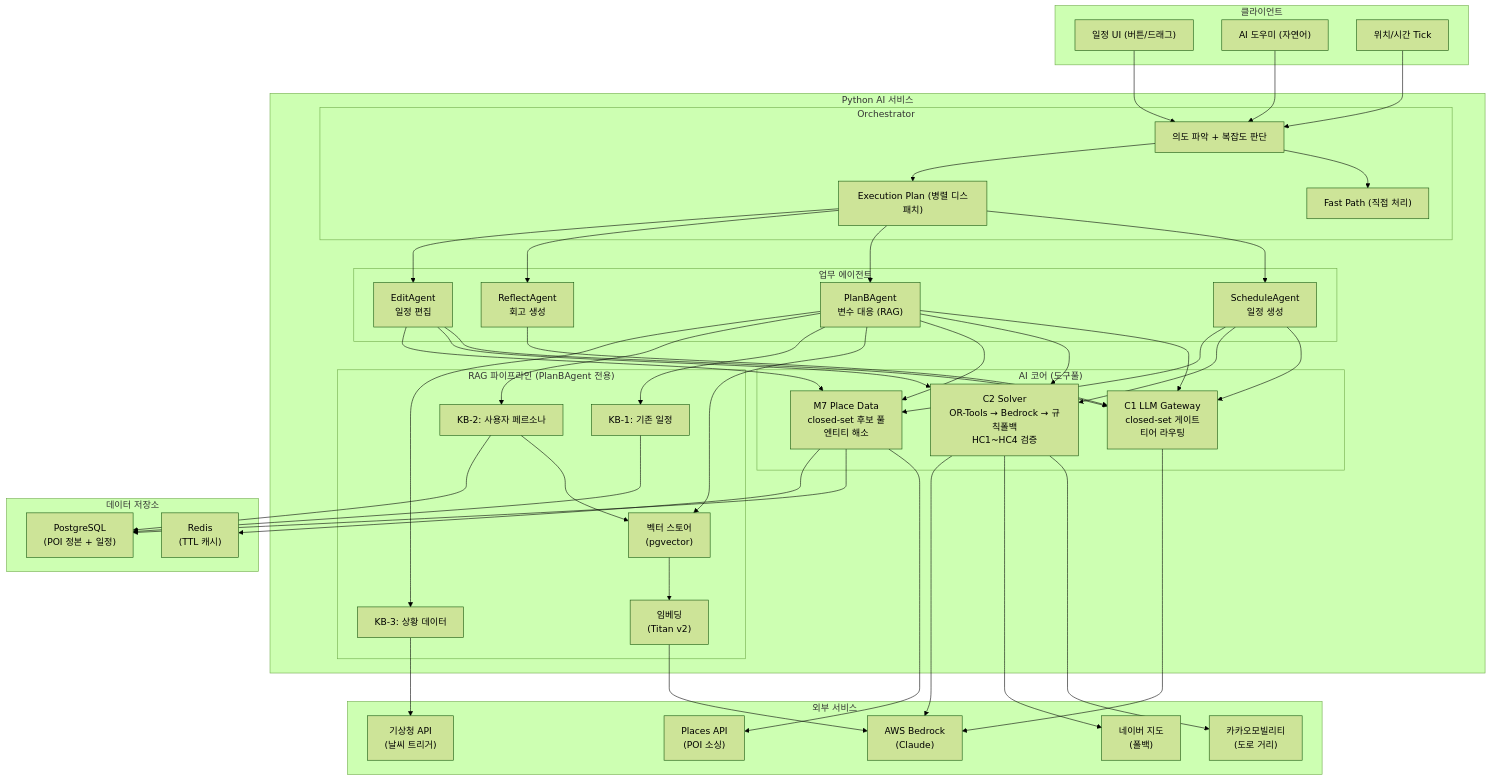
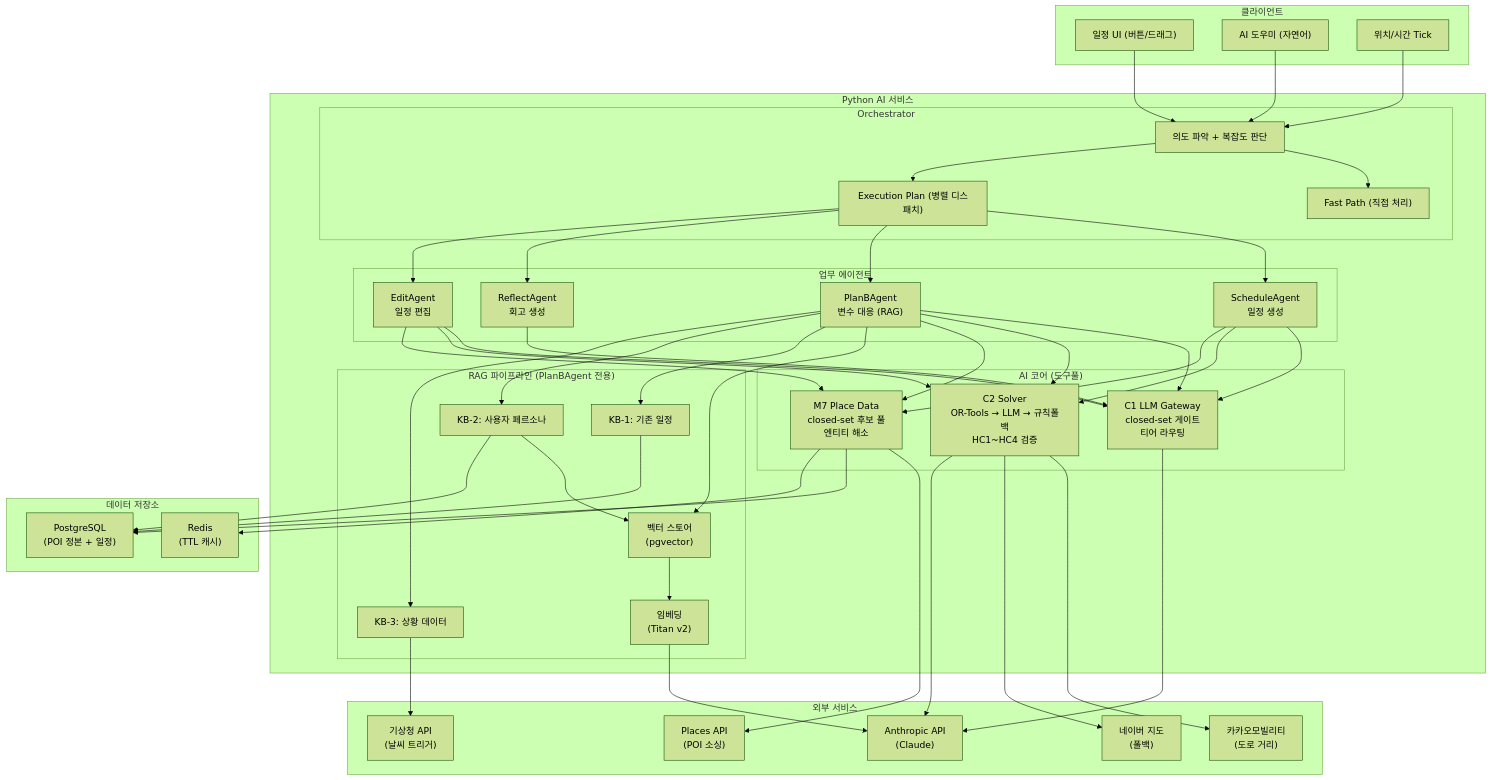
The diagram in ai/README.md (ASM-TripPilot/trippilot), drawn with Mermaid (forest theme) before and after one commit. The commit also changed other lines of this file and 8 other files, not shown here.

```diff
--- a/ai/README.md
+++ b/ai/README.md
@@ -82,7 +82,7 @@
 
         subgraph Core["AI 코어 (도구풀)"]
             C1["C1 LLM Gateway\nclosed-set 게이트\n티어 라우팅"]
-            C2["C2 Solver\nOR-Tools → Bedrock → 규칙폴백\nHC1~HC4 검증"]
+            C2["C2 Solver\nOR-Tools → LLM → 규칙폴백\nHC1~HC4 검증"]
             M7["M7 Place Data\nclosed-set 후보 풀\n엔티티 해소"]
         end
 
@@ -96,7 +96,7 @@
     end
 
     subgraph External["외부 서비스"]
-        LLM["AWS Bedrock\n(Claude)"]
+        LLM["Anthropic API\n(Claude)"]
         KAKAO["카카오모빌리티\n(도로 거리)"]
         NAVER["네이버 지도\n(폴백)"]
         PLACES["Places API\n(POI 소싱)"]
```
